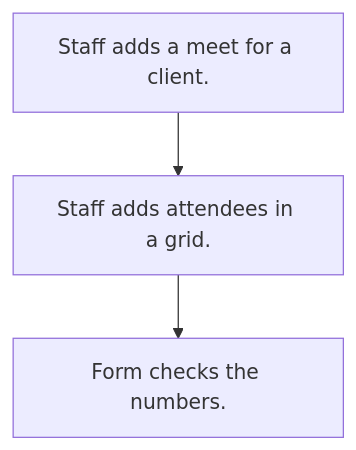
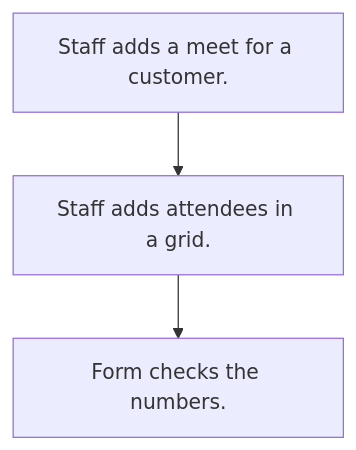
The diagram in neome-studio/reference/template-bank/template-modules/TMOD-contact-meet-log.md (AadityaParmar/studio-agent), drawn with Mermaid before and after one commit. The commit also changed other lines of this file and 172 other files, not shown here.

````diff
--- a/neome-studio/reference/template-bank/template-modules/TMOD-contact-meet-log.md
+++ b/neome-studio/reference/template-bank/template-modules/TMOD-contact-meet-log.md
@@ -38,8 +38,8 @@
 ```mermaid
 flowchart TD
-  A["Staff adds a meet for a client."]
+  A["Staff adds a meet for a customer."]
   B["Staff adds attendees in a grid."]
   C["Form checks the numbers."]
   A --> B
   B --> C
 ```
````
